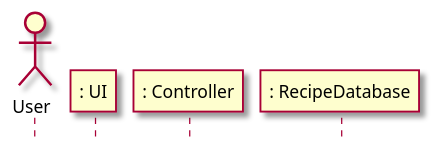
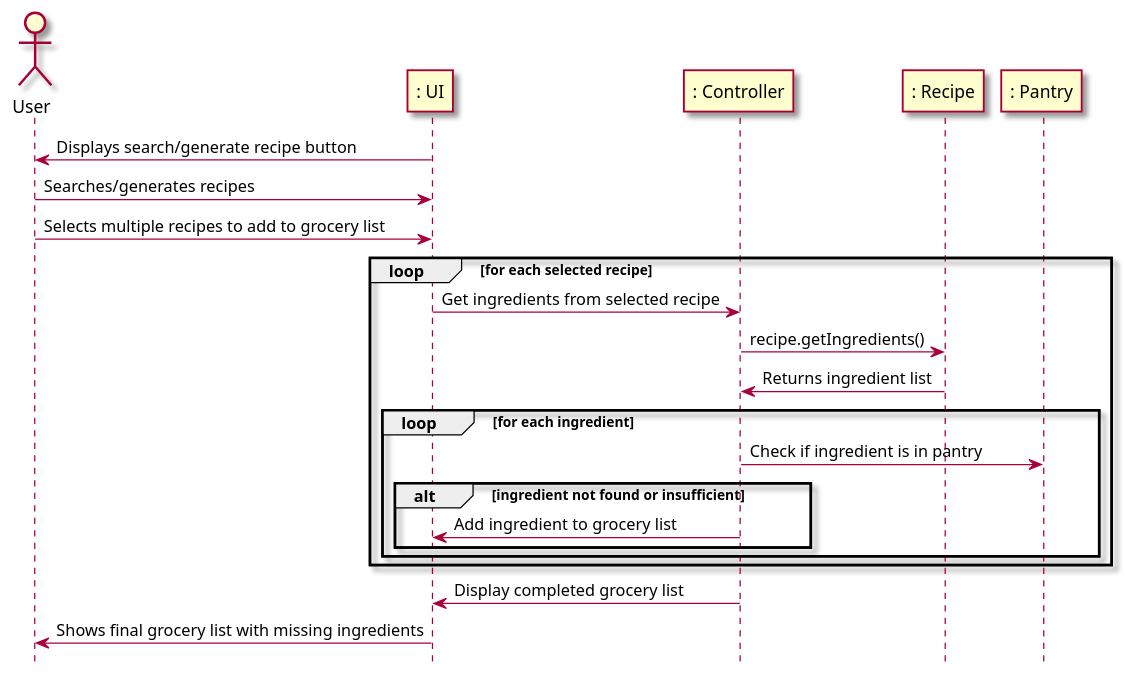
One commit to berthashipper/Pantry-Pal-Android-Application changed the second of 2 diagrams in intellij/doc/use-cases/generate_grocery_list.md. Above: the diagram before and after it, drawn with PlantUML. The commit also changed other lines of this file and 2 other files, not shown here.

Commit message:
Added sequence diagra m to generate_grocery_list use case

````diff
--- a/intellij/doc/use-cases/generate_grocery_list.md
+++ b/intellij/doc/use-cases/generate_grocery_list.md
@@ -66,15 +67,36 @@
 ```plantuml
 @startuml
 skin rose
 
 hide footbox
 
 actor User as user
 participant ": UI" as ui
 participant ": Controller" as cont
-participant ": RecipeDatabase" as recd
+participant ": Recipe" as rec
+participant ": Pantry" as pantry
 
+ui -> user: Displays search/generate recipe button
+user -> ui: Searches/generates recipes
+user -> ui: Selects multiple recipes to add to grocery list
+
+loop for each selected recipe
+    ui -> cont: Get ingredients from selected recipe
+    cont -> rec: recipe.getIngredients()
+    rec -> cont: Returns ingredient list
+    
+    'Loop for each ingredient in the recipe
+    loop for each ingredient
+        cont -> pantry: Check if ingredient is in pantry
+        alt ingredient not found or insufficient
+            cont -> ui: Add ingredient to grocery list
+        end
+    end
+end
+
+cont -> ui: Display completed grocery list
+ui -> user: Shows final grocery list with missing ingredients
 
 
 @enduml
 ```
````
